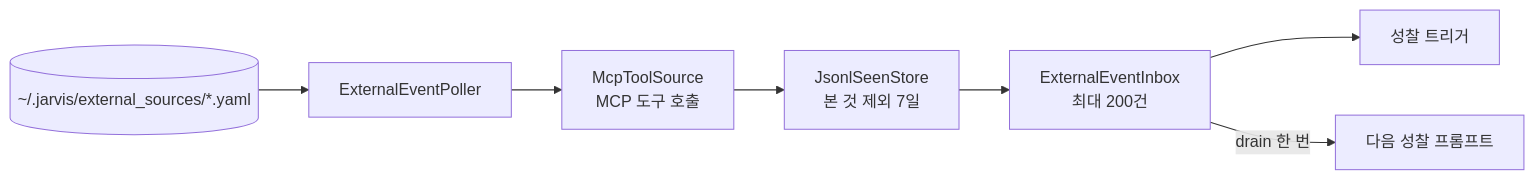
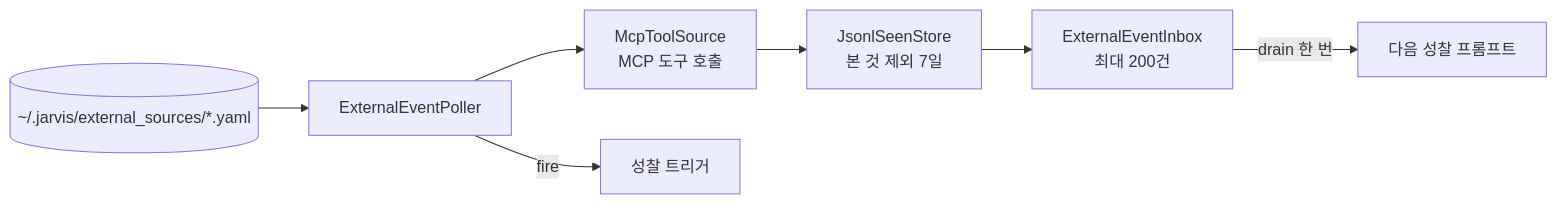
Before and after one commit to ash-hun/jarvis-agent: the second of 2 diagrams in website/docs/concepts/conversation/mcp.md, drawn with Mermaid. The commit also changed other lines of this file and 30 other files, not shown here.

First line of the commit message:
Docs: 기능별 그림 13장과 캡션, mermaid 를 지금 코드에 맞춰, 사라진 메모리 미들웨어와 ThoughtFrame 약속 필드를 지우고 이후 추가된 경로를 그린다 (#179)

````diff
--- a/website/docs/concepts/conversation/mcp.md
+++ b/website/docs/concepts/conversation/mcp.md
@@ -48,9 +49,9 @@
 ```mermaid
 flowchart LR
   SRC[(~/.jarvis/external_sources/*.yaml)] --> POLL[ExternalEventPoller]
   POLL --> MCP[McpToolSource<br/>MCP 도구 호출]
   MCP --> SEEN[JsonlSeenStore<br/>본 것 제외 7일]
   SEEN --> INBOX[ExternalEventInbox<br/>최대 200건]
-  INBOX --> TRG[성찰 트리거]
+  POLL -->|fire| TRG[성찰 트리거]
   INBOX -->|drain 한 번| REF[다음 성찰 프롬프트]
 ```
````
